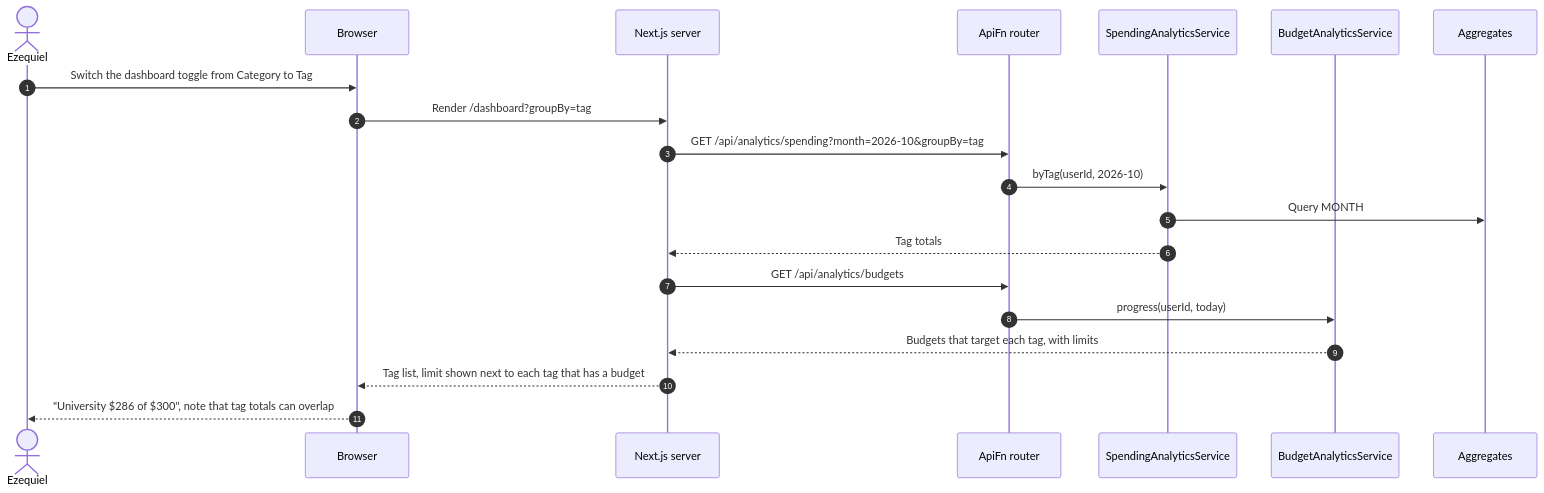
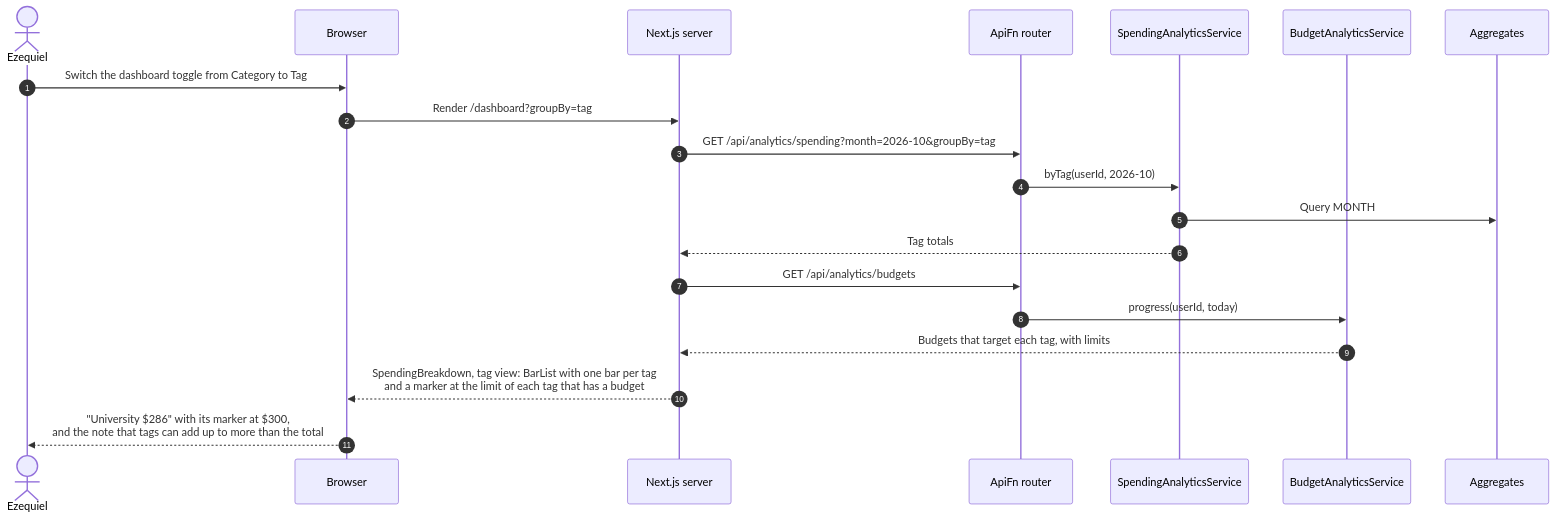
Before and after one commit to Ezequiel294/cs3365-finance-app: the third of 4 diagrams in docs/diagrams/sequences/04-dashboard-and-insights.md, drawn with Mermaid. The commit also changed other lines of this file and 18 other files, not shown here.

Commit message:
attempt 3 design/architecture changes

````diff
--- a/docs/diagrams/sequences/04-dashboard-and-insights.md
+++ b/docs/diagrams/sequences/04-dashboard-and-insights.md
@@ -48,23 +105,23 @@
 ```mermaid
 sequenceDiagram
     autonumber
     actor U as Ezequiel
     participant UI as Browser
     participant Web as Next.js server
     participant API as ApiFn router
     participant SA as SpendingAnalyticsService
     participant BA as BudgetAnalyticsService
     participant Agg as Aggregates
 
     U->>UI: Switch the dashboard toggle from Category to Tag
     UI->>Web: Render /dashboard?groupBy=tag
     Web->>API: GET /api/analytics/spending?month=2026-10&groupBy=tag
     API->>SA: byTag(userId, 2026-10)
     SA->>Agg: Query MONTH#2026-10#TAG#
     SA-->>Web: Tag totals
     Web->>API: GET /api/analytics/budgets
     API->>BA: progress(userId, today)
     BA-->>Web: Budgets that target each tag, with limits
-    Web-->>UI: Tag list, limit shown next to each tag that has a budget
-    UI-->>U: "University $286 of $300", note that tag totals can overlap
+    Web-->>UI: SpendingBreakdown, tag view: BarList with one bar per tag<br/>and a marker at the limit of each tag that has a budget
+    UI-->>U: "University $286" with its marker at $300,<br/>and the note that tags can add up to more than the total
 ```
````
